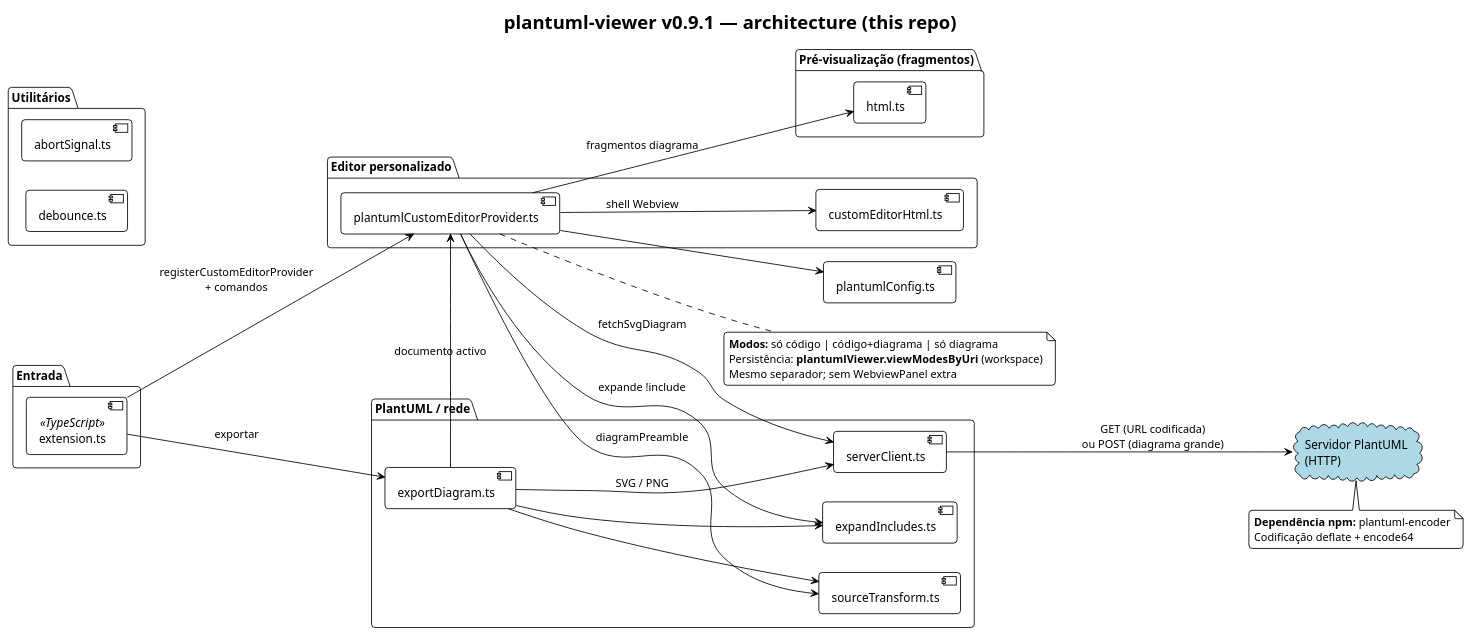
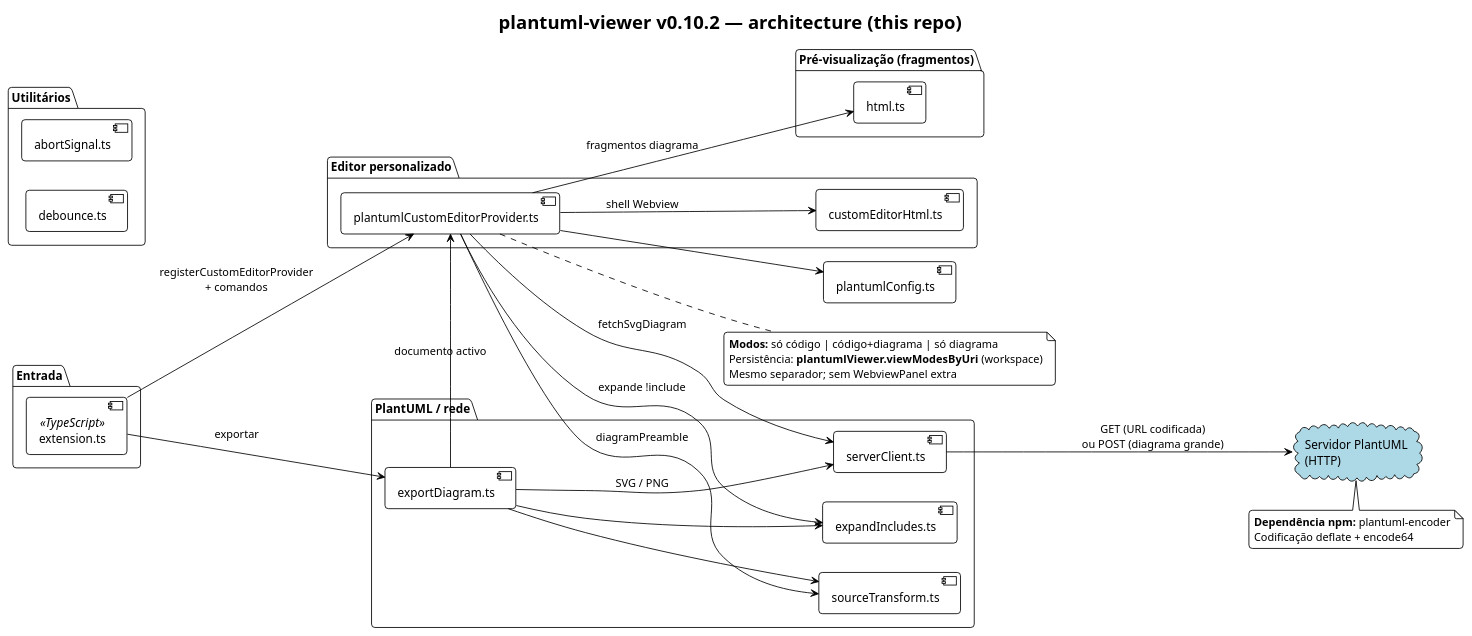
One commit to manorfm/plantuml-plugin changed the diagram in examples/architecture.puml. Above: the diagram before and after it, drawn with PlantUML. The commit also changed 13 other files, not shown here.

```diff
--- a/examples/architecture.puml
+++ b/examples/architecture.puml
@@ -1,68 +1,68 @@
 @startuml
 !theme plain
 skinparam shadowing false
 skinparam roundcorner 8
 skinparam defaultFontName Verdana
 
-title plantuml-viewer v0.9.1 — architecture (this repo)
+title plantuml-viewer v0.10.2 — architecture (this repo)
 
 left to right direction
 
 package "Entrada" {
   component [extension.ts] as EXT <<TypeScript>>
 }
 
 package "Editor personalizado" {
   component [plantumlCustomEditorProvider.ts] as CEP
   component [customEditorHtml.ts] as CEH
 }
 
 package "Pré-visualização (fragmentos)" {
   component [html.ts] as HTML
 }
 
 package "PlantUML / rede" {
   component [serverClient.ts] as SC
   component [expandIncludes.ts] as INC
   component [exportDiagram.ts] as EXP
   component [sourceTransform.ts] as ST
 }
 
 component [plantumlConfig.ts] as CFG
 
 package "Utilitários" {
   component [abortSignal.ts] as AB
   component [debounce.ts] as DB
 }
 
 cloud "Servidor PlantUML\n(HTTP)" as SRV #LightBlue
 
 EXT --> CEP : registerCustomEditorProvider\n+ comandos
 EXT --> EXP : exportar
 
 CEP --> CEH : shell Webview
 CEP --> INC : expande !include
 CEP --> ST : diagramPreamble
 CEP --> SC : fetchSvgDiagram
 CEP --> HTML : fragmentos diagrama
 CEP --> CFG
 
 EXP --> INC
 EXP --> ST
 EXP --> SC : SVG / PNG
 EXP --> CEP : documento activo
 
 SC --> SRV : GET (URL codificada)\nou POST (diagrama grande)
 
 note right of CEP
   **Modos:** só código | código+diagrama | só diagrama
   Persistência: **plantumlViewer.viewModesByUri** (workspace)
   Mesmo separador; sem WebviewPanel extra
 end note
 
 note bottom of SRV
   **Dependência npm:** plantuml-encoder
   Codificação deflate + encode64
 end note
 
 @enduml
```
